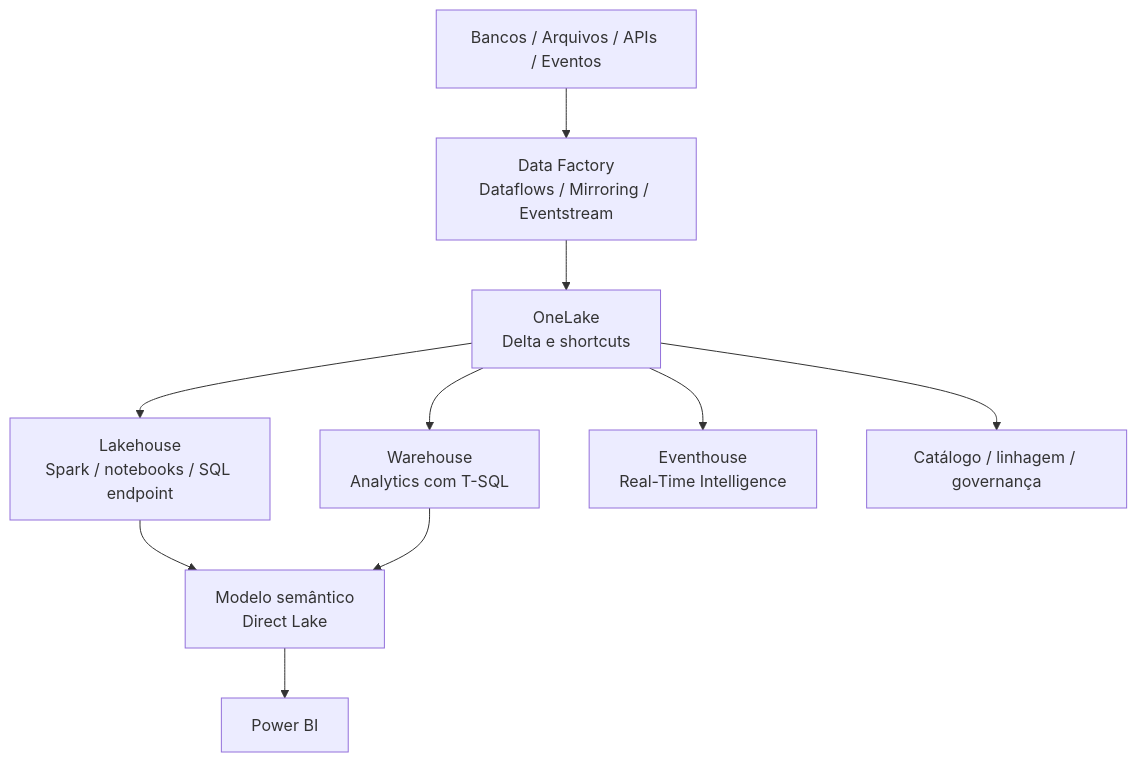
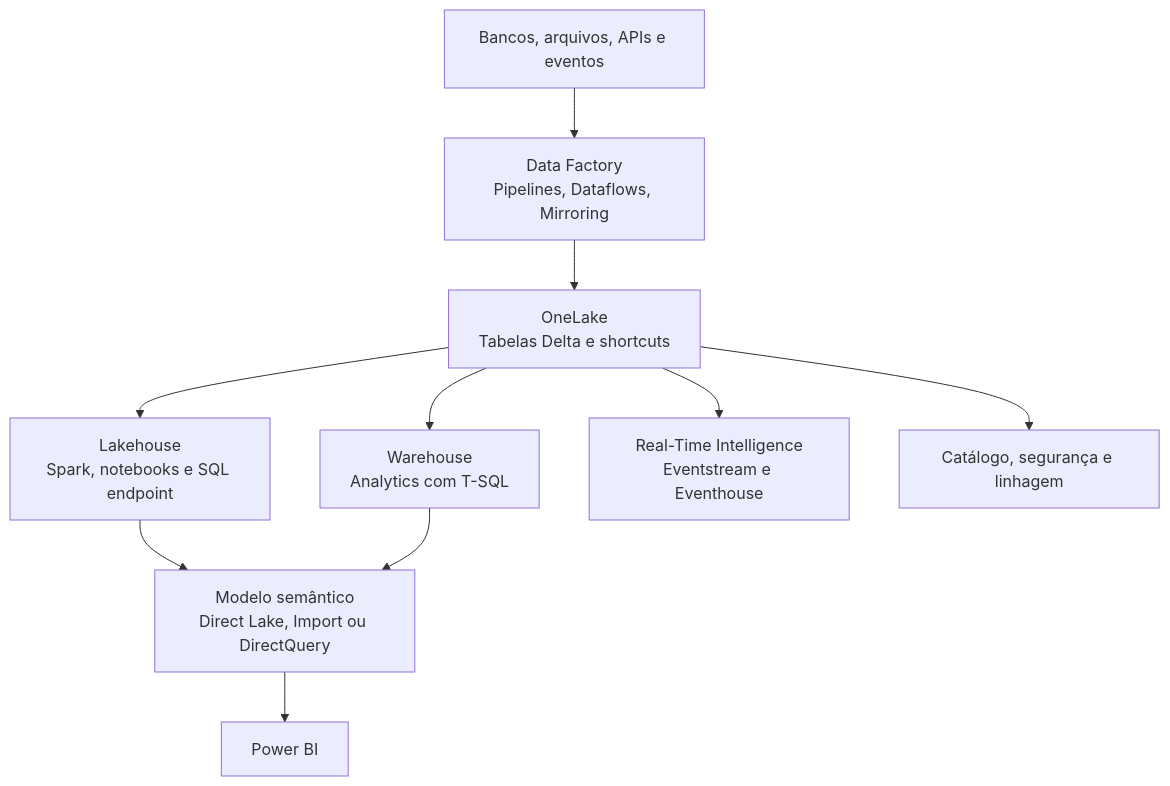
Before and after one commit to jucelinoss/dp-800-study-guide: the second of 3 diagrams in i18n/pt-BR/certification/12-other-topics/04-fabric-architecture.md, drawn with Mermaid. The commit also changed other lines of this file and 17 other files, not shown here.

Commit message:
docs: expand data architecture topic guides

````diff
--- a/i18n/pt-BR/certification/12-other-topics/04-fabric-architecture.md
+++ b/i18n/pt-BR/certification/12-other-topics/04-fabric-architecture.md
@@ -14,12 +65,12 @@
 ```mermaid
 flowchart TB
-    Sources[ Bancos / Arquivos / APIs / Eventos ] --> Ingest[Data Factory<br/>Dataflows / Mirroring / Eventstream]
-    Ingest --> OneLake[OneLake<br/>Delta e shortcuts]
-    OneLake --> Lakehouse[Lakehouse<br/>Spark / notebooks / SQL endpoint]
+    Sources[Bancos, arquivos, APIs e eventos] --> Ingest[Data Factory<br/>Pipelines, Dataflows, Mirroring]
+    Ingest --> OneLake[OneLake<br/>Tabelas Delta e shortcuts]
+    OneLake --> Lakehouse[Lakehouse<br/>Spark, notebooks e SQL endpoint]
     OneLake --> Warehouse[Warehouse<br/>Analytics com T-SQL]
-    OneLake --> RT[Eventhouse<br/>Real-Time Intelligence]
-    Lakehouse --> Semantic[Modelo semântico<br/>Direct Lake]
+    OneLake --> RT[Real-Time Intelligence<br/>Eventstream e Eventhouse]
+    Lakehouse --> Semantic[Modelo semântico<br/>Direct Lake, Import ou DirectQuery]
     Warehouse --> Semantic
     Semantic --> BI[Power BI]
-    OneLake --> Gov[Catálogo / linhagem / governança]
+    OneLake --> Catalog[Catálogo, segurança e linhagem]
 ```
````
